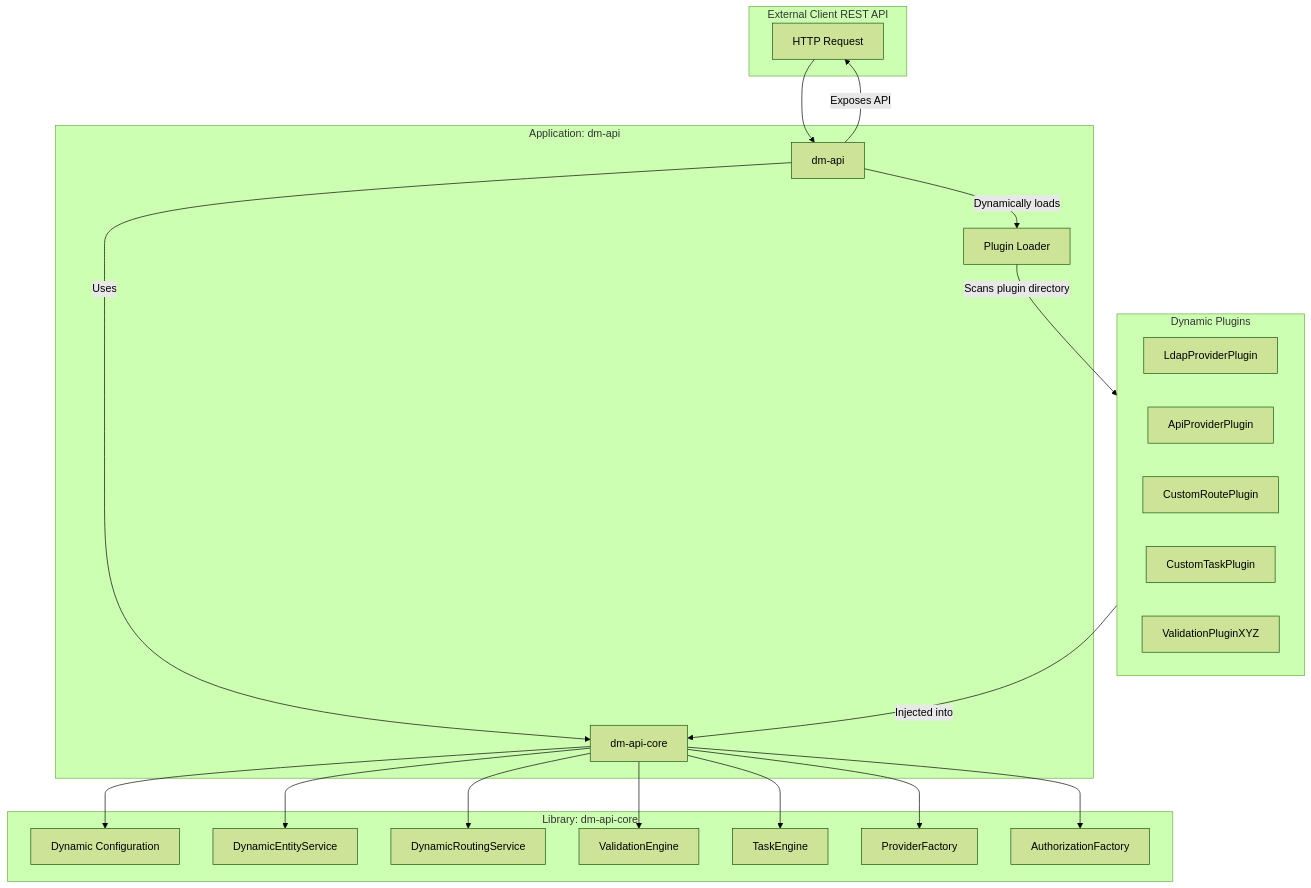
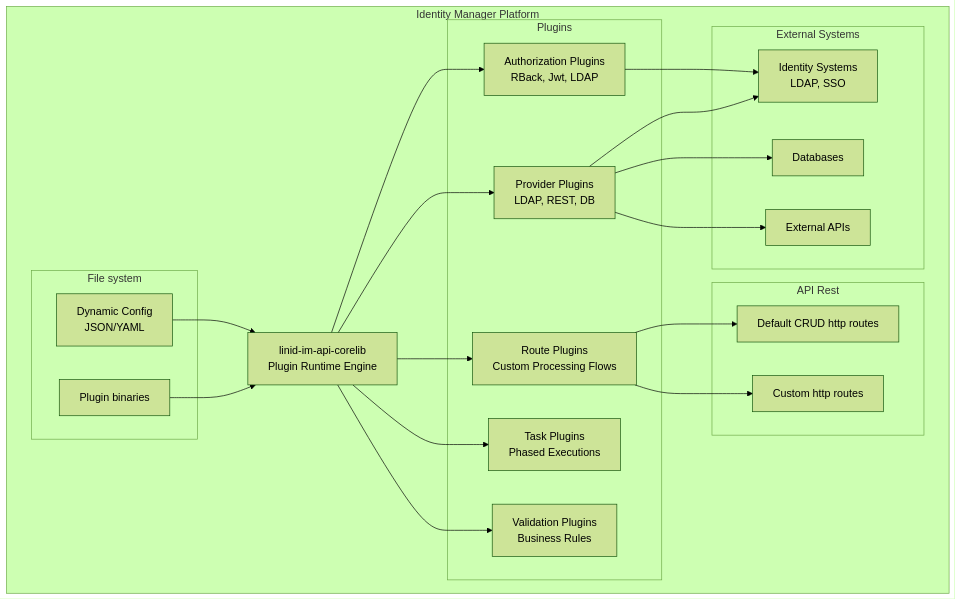
Before and after one commit to linagora/linid-im-api-corelib: the diagram in docs/architecture.mmd, drawn with Mermaid (forest theme). The commit also changed 18 other files, not shown here.

Commit message:
chore: rename directory manager in identity manager in documentation

```diff
--- a/docs/architecture.mmd
+++ b/docs/architecture.mmd
@@ -1,33 +1,43 @@
-flowchart TD
-    subgraph Client [External Client REST API]
-        C[HTTP Request]
+graph TD
+    subgraph Identity Manager Platform
+        linid-im-api-corelib[linid-im-api-corelib<br/>Plugin Runtime Engine]
+
+        subgraph Plugins
+            auth_plugins[Authorization Plugins<br/>RBack, Jwt, LDAP]
+            provider_plugins[Provider Plugins<br/>LDAP, REST, DB]
+            route_plugins[Route Plugins<br/>Custom Processing Flows]
+            task_plugins[Task Plugins<br/>Phased Executions]
+            validation_plugins[Validation Plugins<br/>Business Rules]
+        end
+
+        subgraph File system
+            loader[Plugin binaries]
+            config[Dynamic Config<br/>JSON/YAML]
+        end
+
+        subgraph External Systems
+            identity[Identity Systems<br/>LDAP, SSO]
+            databases[Databases]
+            apis[External APIs]
+        end
+
+        subgraph API Rest
+            crud[Default CRUD http routes]
+            custom_routes[Custom http routes]
+        end
     end
 
-    subgraph API [Application: dm-api]
-        A[dm-api]
-        A -->|Dynamically loads| Loader[Plugin Loader]
-        A -->|Uses| Core[dm-api-core]
-    end
-
-    subgraph CoreLib [Library: dm-api-core]
-        Core --> Config[Dynamic Configuration]
-        Core --> EntityService[DynamicEntityService]
-        Core --> RoutingService[DynamicRoutingService]
-        Core --> Validation[ValidationEngine]
-        Core --> Tasks[TaskEngine]
-        Core --> Provider[ProviderFactory]
-        Core --> Authorization[AuthorizationFactory]
-    end
-
-    subgraph Plugins [Dynamic Plugins]
-        PL1[LdapProviderPlugin]
-        PL2[ApiProviderPlugin]
-        PL3[CustomRoutePlugin]
-        PL4[CustomTaskPlugin]
-        PL5[ValidationPluginXYZ]
-    end
-
-    C --> A
-    Loader -->|Scans plugin directory| Plugins
-    Plugins -->|Injected into| Core
-    A -->|Exposes API| C
+%% Flows
+    config --> linid-im-api-corelib
+    loader --> linid-im-api-corelib
+    linid-im-api-corelib --> auth_plugins
+    linid-im-api-corelib --> provider_plugins
+    linid-im-api-corelib --> route_plugins
+    linid-im-api-corelib --> task_plugins
+    linid-im-api-corelib --> validation_plugins
+    provider_plugins --> identity
+    provider_plugins --> databases
+    provider_plugins --> apis
+    auth_plugins --> identity
+    route_plugins --> crud
+    route_plugins --> custom_routes
```
